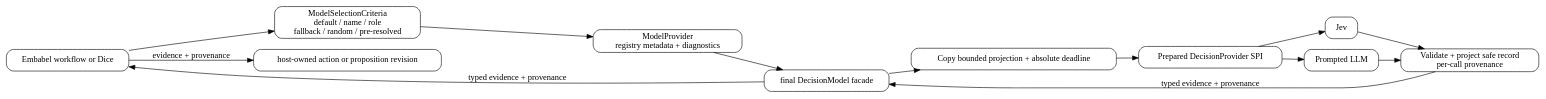
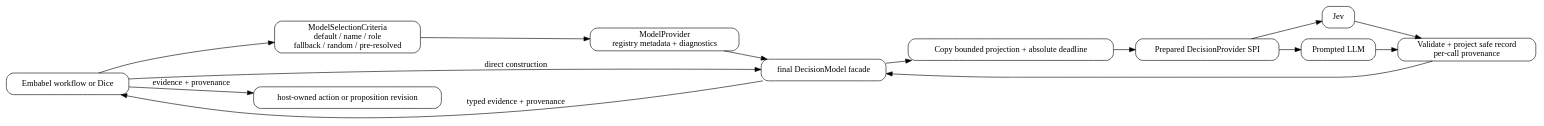
The diagram in embabel-agent-docs/src/main/asciidoc/reference/diagrams/decision-flow.dot (embabel/embabel-agent), drawn with Graphviz before and after one commit. The commit also changed 7 other files, not shown here.

```diff
--- a/embabel-agent-docs/src/main/asciidoc/reference/diagrams/decision-flow.dot
+++ b/embabel-agent-docs/src/main/asciidoc/reference/diagrams/decision-flow.dot
@@ -1,21 +1,23 @@
 digraph DecisionFlow {
   rankdir=LR;
   node [shape=box, style="rounded"];
   host [label="Embabel workflow or Dice"];
   criteria [label="ModelSelectionCriteria\ndefault / name / role\nfallback / random / pre-resolved"];
   registry [label="ModelProvider\nregistry metadata + diagnostics"];
   facade [label="final DecisionModel facade"];
   prepare [label="Copy bounded projection + absolute deadline"];
   spi [label="Prepared DecisionProvider SPI"];
   jev [label="Jev"];
   prompted [label="Prompted LLM"];
   validate [label="Validate + project safe record\nper-call provenance"];
   policy [label="host-owned action or proposition revision"];
   host -> criteria -> registry -> facade -> prepare -> spi;
+  host -> facade [label="direct construction"];
   spi -> jev;
   spi -> prompted;
   jev -> validate;
   prompted -> validate;
-  validate -> facade -> host [label=" typed evidence + provenance"];
+  validate -> facade;
+  facade -> host [label="typed evidence + provenance"];
   host -> policy [label=" evidence + provenance"];
 }
```
